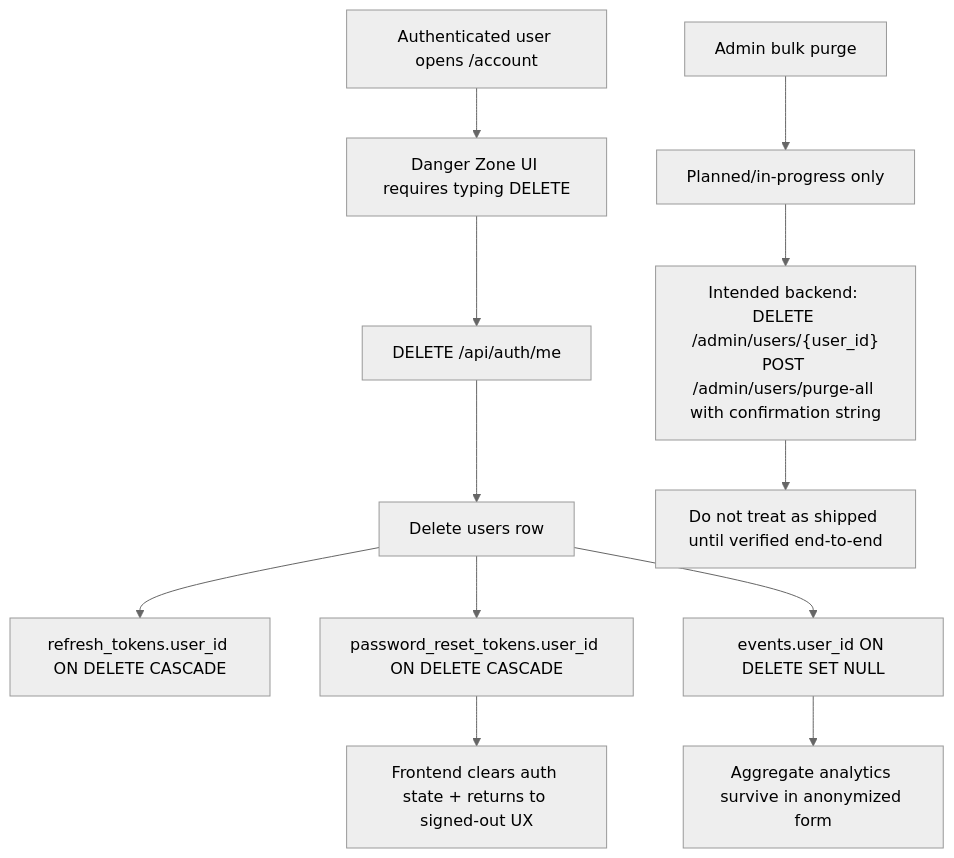
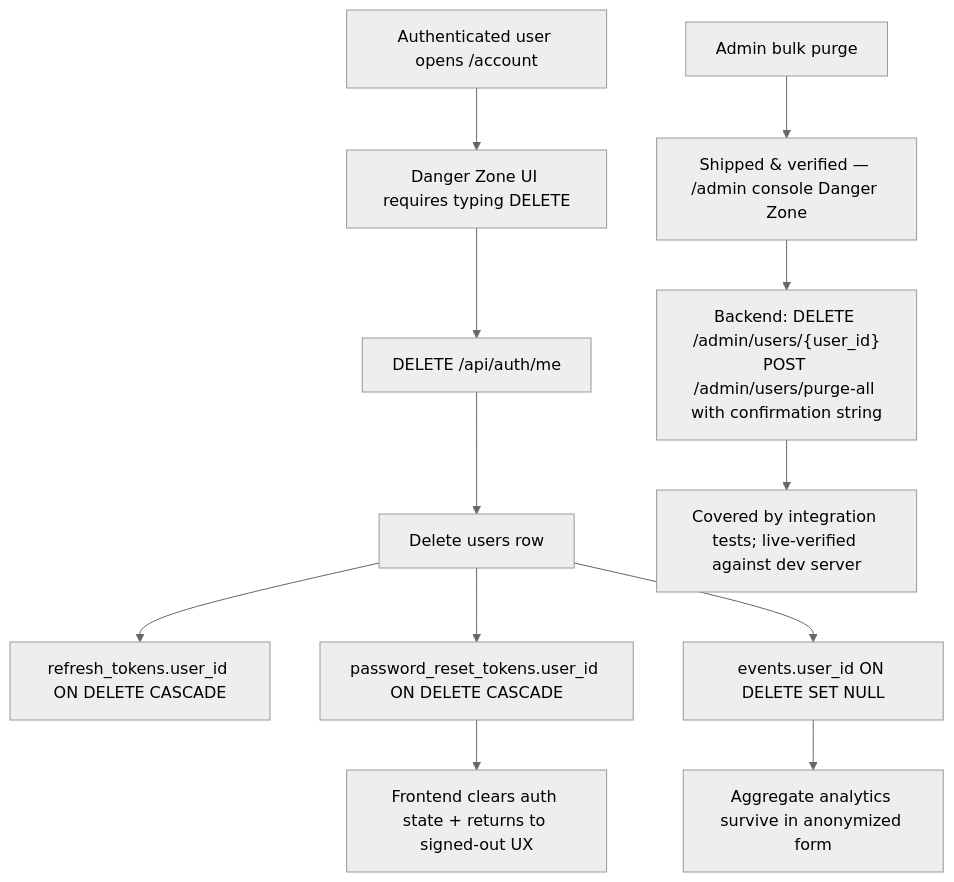
Before and after one commit to kunalsmathur-gif/wanderplanner: the second of 3 diagrams in docs/system-design.md, drawn with Mermaid (neutral theme). The commit also changed other lines of this file and 14 other files, not shown here.

````diff
--- a/docs/system-design.md
+++ b/docs/system-design.md
@@ -298,15 +299,15 @@
 ```mermaid
 flowchart TD
     A["Authenticated user opens /account"] --> B["Danger Zone UI requires typing DELETE"]
     B --> C["DELETE /api/auth/me"]
     C --> D["Delete users row"]
     D --> E["refresh_tokens.user_id ON DELETE CASCADE"]
     D --> F["password_reset_tokens.user_id ON DELETE CASCADE"]
     D --> G["events.user_id ON DELETE SET NULL"]
     G --> H["Aggregate analytics survive in anonymized form"]
     F --> I["Frontend clears auth state + returns to signed-out UX"]
 
-    P["Admin bulk purge"] --> Q["Planned/in-progress only"]
-    Q --> R["Intended backend: DELETE /admin/users/{user_id}<br/>POST /admin/users/purge-all with confirmation string"]
-    R --> S["Do not treat as shipped until verified end-to-end"]
+    P["Admin bulk purge"] --> Q["Shipped & verified — /admin console Danger Zone"]
+    Q --> R["Backend: DELETE /admin/users/{user_id}<br/>POST /admin/users/purge-all with confirmation string"]
+    R --> S["Covered by integration tests; live-verified against dev server"]
 ```
````
